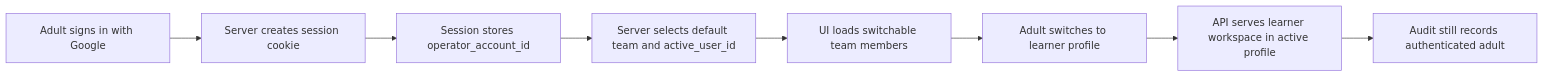
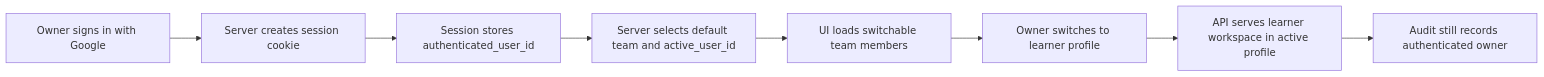
One commit to ajithjos/cornerstone changed the diagram in docs/deploy/hosted-auth-and-team-switching.md. Above: the diagram before and after it, drawn with Mermaid. The commit also changed other lines of this file and 19 other files, not shown here.

````diff
--- a/docs/deploy/hosted-auth-and-team-switching.md
+++ b/docs/deploy/hosted-auth-and-team-switching.md
@@ -79,10 +108,10 @@
 ```mermaid
 flowchart LR
-    A[Adult signs in with Google] --> B[Server creates session cookie]
-    B --> C[Session stores operator_account_id]
+    A[Owner signs in with Google] --> B[Server creates session cookie]
+    B --> C[Session stores authenticated_user_id]
     C --> D[Server selects default team and active_user_id]
     D --> E[UI loads switchable team members]
-    E --> F[Adult switches to learner profile]
+    E --> F[Owner switches to learner profile]
     F --> G[API serves learner workspace in active profile]
-    G --> H[Audit still records authenticated adult]
+    G --> H[Audit still records authenticated owner]
 ```
````
